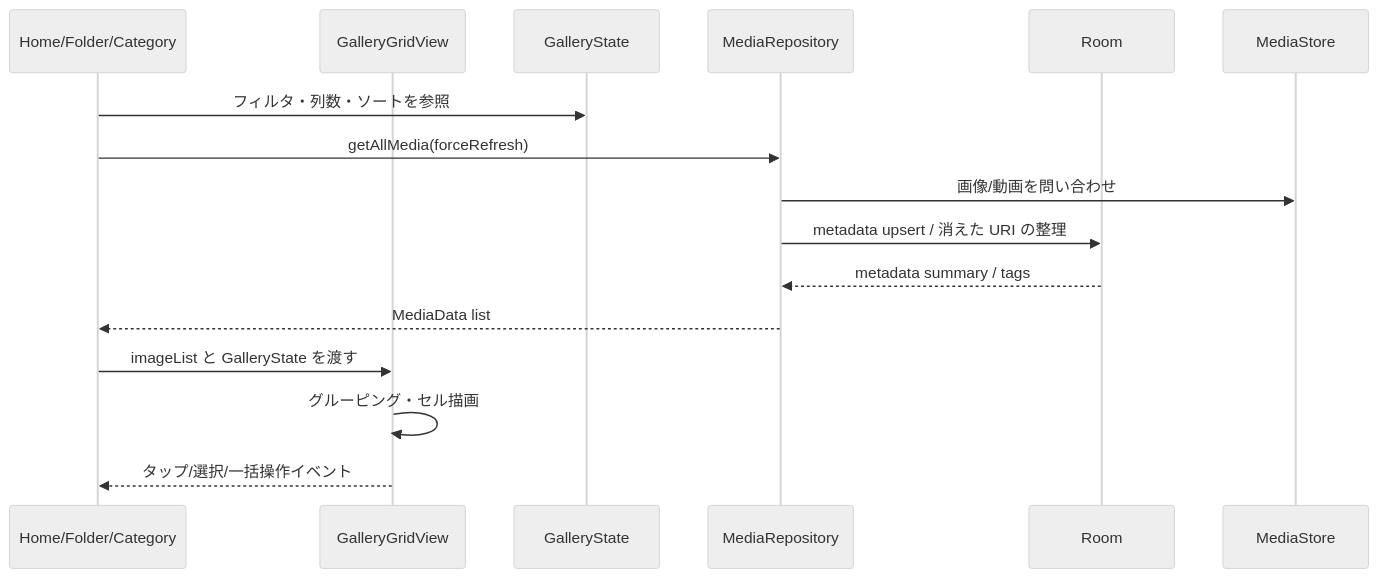
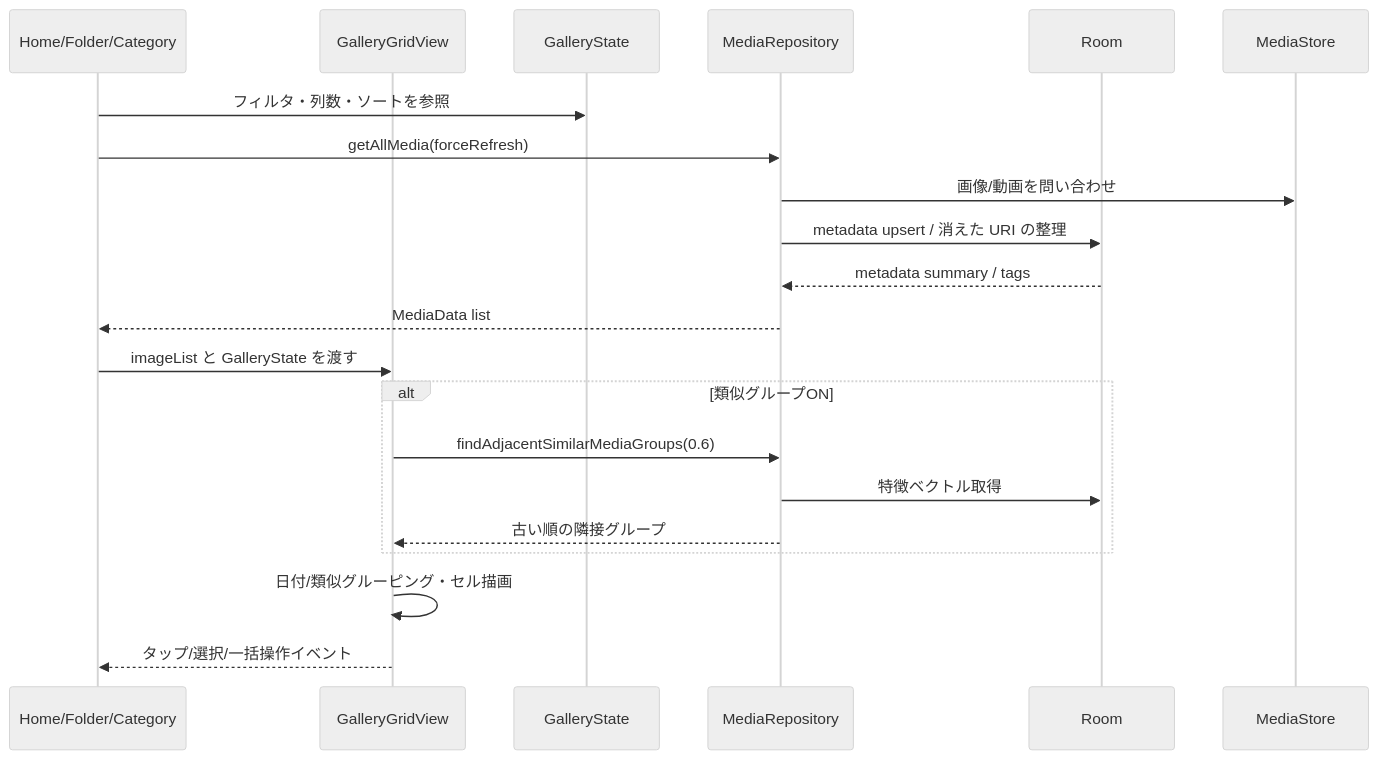
The fourth of 4 diagrams in docs/detail_design/01_media_gallery.md (Ksan1333/Gallery), drawn with Mermaid (neutral theme) before and after one commit. The commit also changed other lines of this file and 91 other files, not shown here.

````diff
--- a/docs/detail_design/01_media_gallery.md
+++ b/docs/detail_design/01_media_gallery.md
@@ -151,19 +168,24 @@
 ```mermaid
 sequenceDiagram
     participant UI as Home/Folder/Category
     participant Grid as GalleryGridView
     participant State as GalleryState
     participant Repo as MediaRepository
     participant DB as Room
     participant MS as MediaStore
 
     UI->>State: フィルタ・列数・ソートを参照
     UI->>Repo: getAllMedia(forceRefresh)
     Repo->>MS: 画像/動画を問い合わせ
     Repo->>DB: metadata upsert / 消えた URI の整理
     DB-->>Repo: metadata summary / tags
     Repo-->>UI: MediaData list
     UI->>Grid: imageList と GalleryState を渡す
-    Grid->>Grid: グルーピング・セル描画
+    alt 類似グループON
+        Grid->>Repo: findAdjacentSimilarMediaGroups(0.6)
+        Repo->>DB: 特徴ベクトル取得
+        Repo-->>Grid: 古い順の隣接グループ
+    end
+    Grid->>Grid: 日付/類似グルーピング・セル描画
     Grid-->>UI: タップ/選択/一括操作イベント
 ```
````
